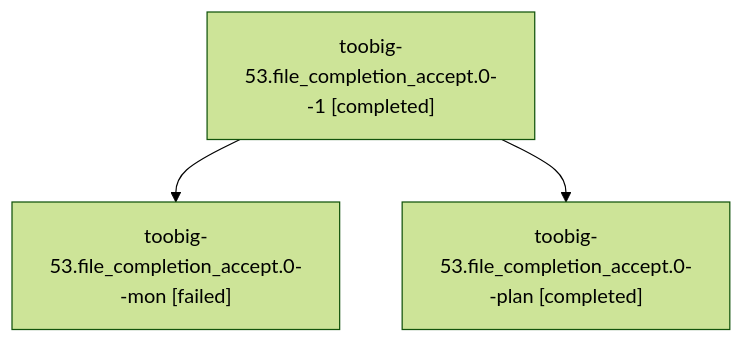
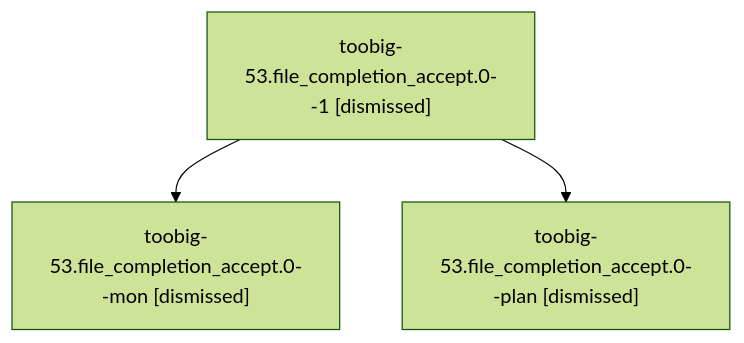
The diagram in families/bbugyi200.athena.toobig-53.file_completion_accept.0.md (sase-org/sase--agents), drawn with Mermaid (forest theme) before and after one commit. The commit also changed other lines of this file and 75 other files, not shown here.

````diff
--- a/families/bbugyi200.athena.toobig-53.file_completion_accept.0.md
+++ b/families/bbugyi200.athena.toobig-53.file_completion_accept.0.md
@@ -9,8 +9,8 @@
 ```mermaid
 flowchart TD
-  n0["toobig-53.file_completion_accept.0--1 [completed]"]
-  n1["toobig-53.file_completion_accept.0--mon [failed]"]
+  n0["toobig-53.file_completion_accept.0--1 [dismissed]"]
+  n1["toobig-53.file_completion_accept.0--mon [dismissed]"]
   n0 --> n1
-  n2["toobig-53.file_completion_accept.0--plan [completed]"]
+  n2["toobig-53.file_completion_accept.0--plan [dismissed]"]
   n0 --> n2
 ```
````
